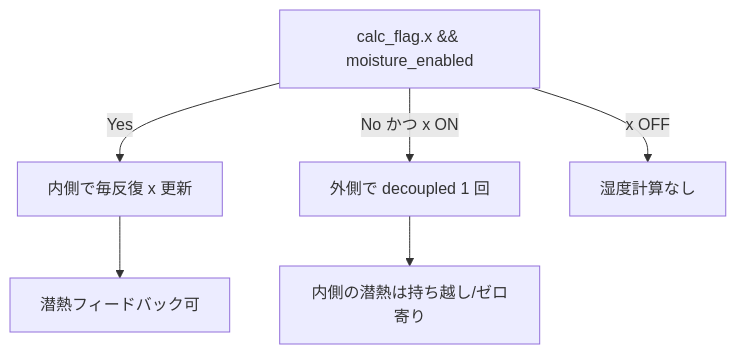
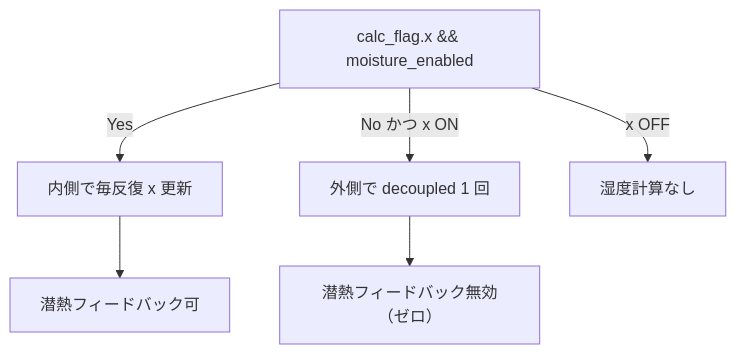
Before and after one commit to iguchi-lab/vtsimnx: the eighth of 11 diagrams in engine/docs/simulation_loops.md, drawn with Mermaid. The commit also changed other lines of this file and 5 other files, not shown here.

````diff
--- a/engine/docs/simulation_loops.md
+++ b/engine/docs/simulation_loops.md
@@ -161,8 +165,8 @@
 ```mermaid
 flowchart TD
     A["calc_flag.x && moisture_enabled"] -->|Yes| B["内側で毎反復 x 更新"]
     A -->|No かつ x ON| C["外側で decoupled 1 回"]
     A -->|x OFF| D["湿度計算なし"]
     B --> E["潜熱フィードバック可"]
-    C --> F["内側の潜熱は持ち越し/ゼロ寄り"]
+    C --> F["潜熱フィードバック無効（ゼロ）"]
 ```
````
